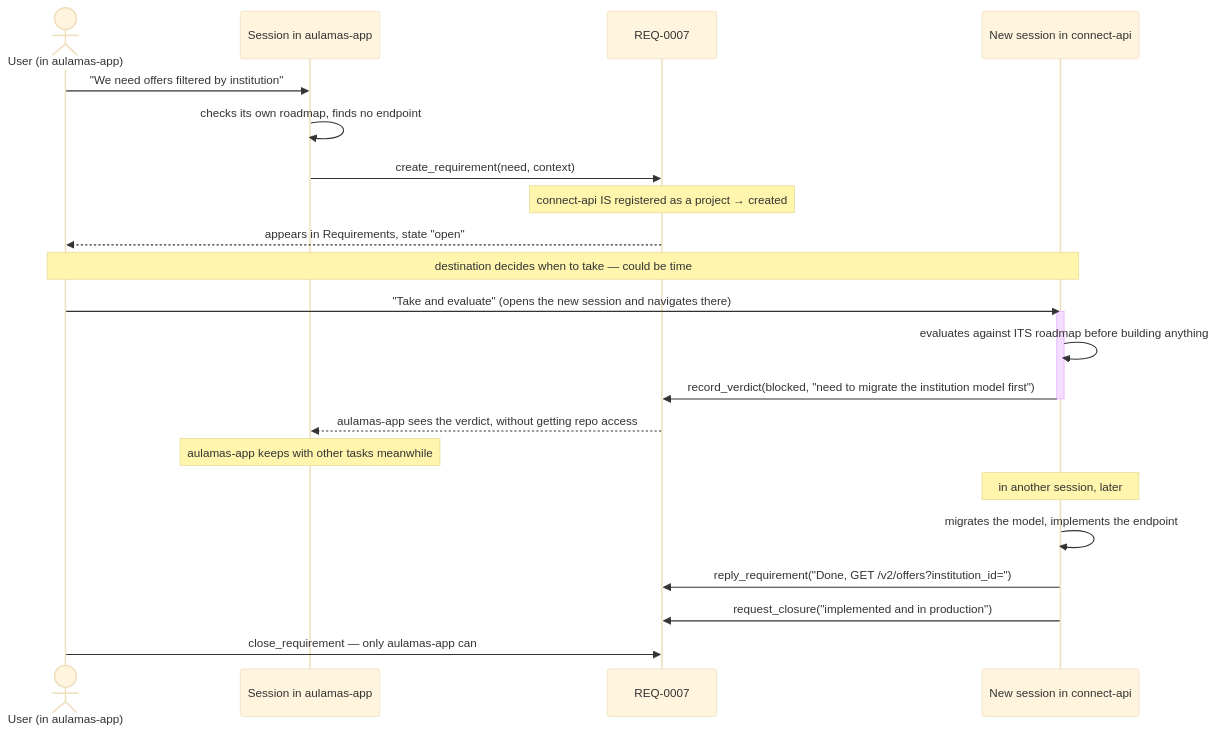
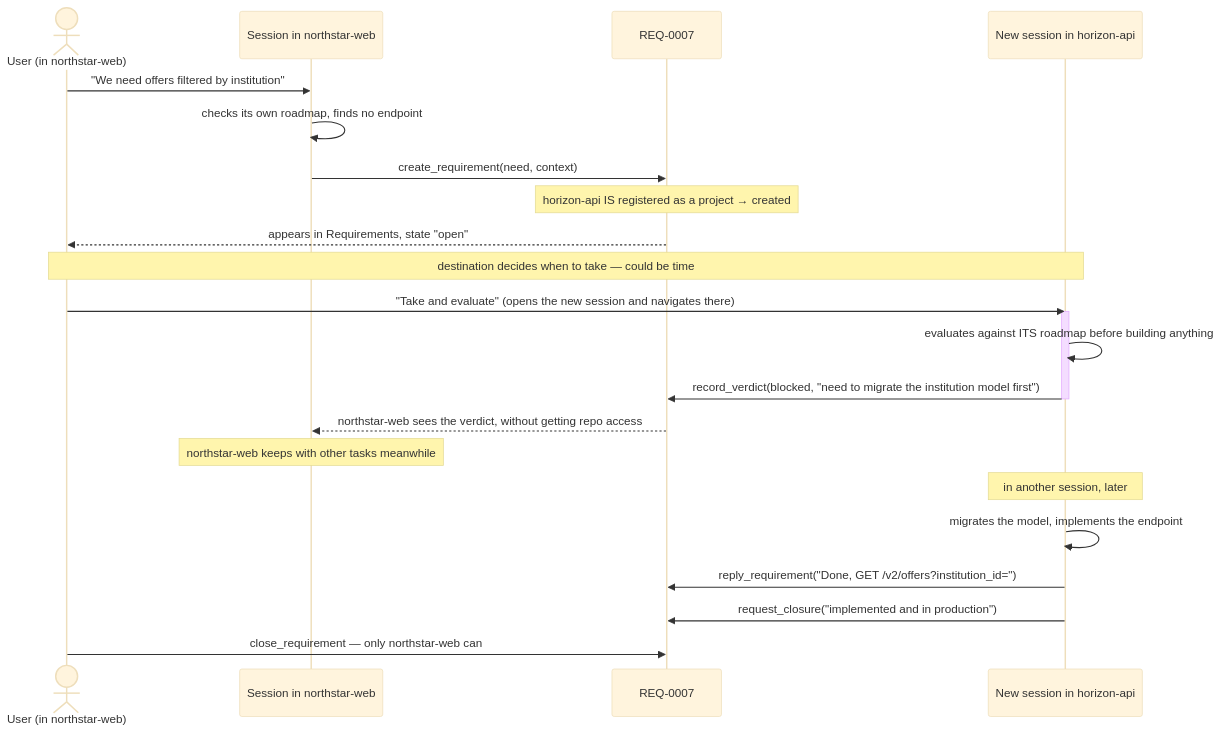
Before and after one commit to JhonaCodes/keel-ui: the second of 3 diagrams in docs/product/09-operational-flows.md, drawn with Mermaid (base theme). The commit also changed other lines of this file and 178 other files, not shown here.

````diff
--- a/docs/product/09-operational-flows.md
+++ b/docs/product/09-operational-flows.md
@@ -42,30 +42,30 @@
 ```mermaid
 sequenceDiagram
-    actor U as User (in aulamas-app)
-    participant AA as Session in aulamas-app
+    actor U as User (in northstar-web)
+    participant AA as Session in northstar-web
     participant REQ as REQ-0007
-    participant CA as New session in connect-api
+    participant CA as New session in horizon-api
 
     U->>AA: "We need offers filtered by institution"
     AA->>AA: checks its own roadmap, finds no endpoint
     AA->>REQ: create_requirement(need, context)
-    Note over REQ: connect-api IS registered as a project → created
+    Note over REQ: horizon-api IS registered as a project → created
     REQ-->>U: appears in Requirements, state "open"
 
     Note over U,CA: destination decides when to take — could be time
     U->>CA: "Take and evaluate" (opens the new session and navigates there)
     activate CA
     CA->>CA: evaluates against ITS roadmap before building anything
     CA->>REQ: record_verdict(blocked, "need to migrate the institution model first")
     deactivate CA
 
-    REQ-->>AA: aulamas-app sees the verdict, without getting repo access
-    Note over AA: aulamas-app keeps with other tasks meanwhile
+    REQ-->>AA: northstar-web sees the verdict, without getting repo access
+    Note over AA: northstar-web keeps with other tasks meanwhile
 
     Note over CA: in another session, later
     CA->>CA: migrates the model, implements the endpoint
     CA->>REQ: reply_requirement("Done, GET /v2/offers?institution_id=")
     CA->>REQ: request_closure("implemented and in production")
 
-    U->>REQ: close_requirement — only aulamas-app can
+    U->>REQ: close_requirement — only northstar-web can
 ```
````
